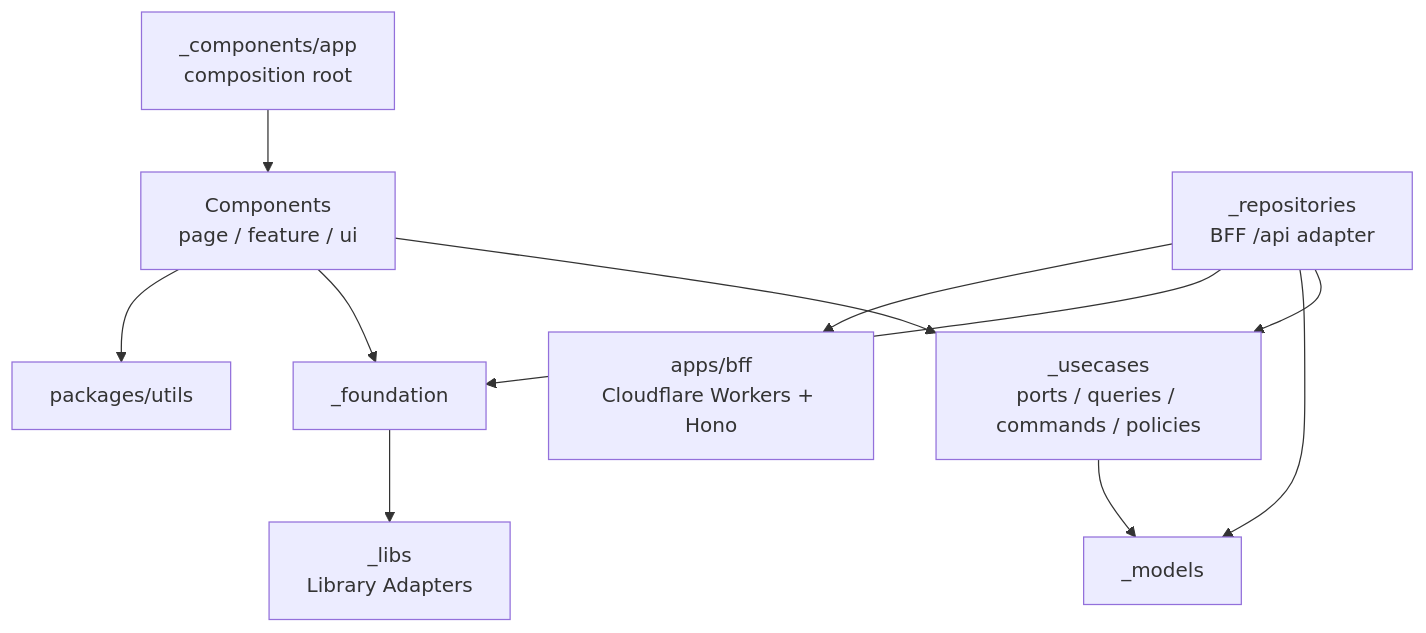
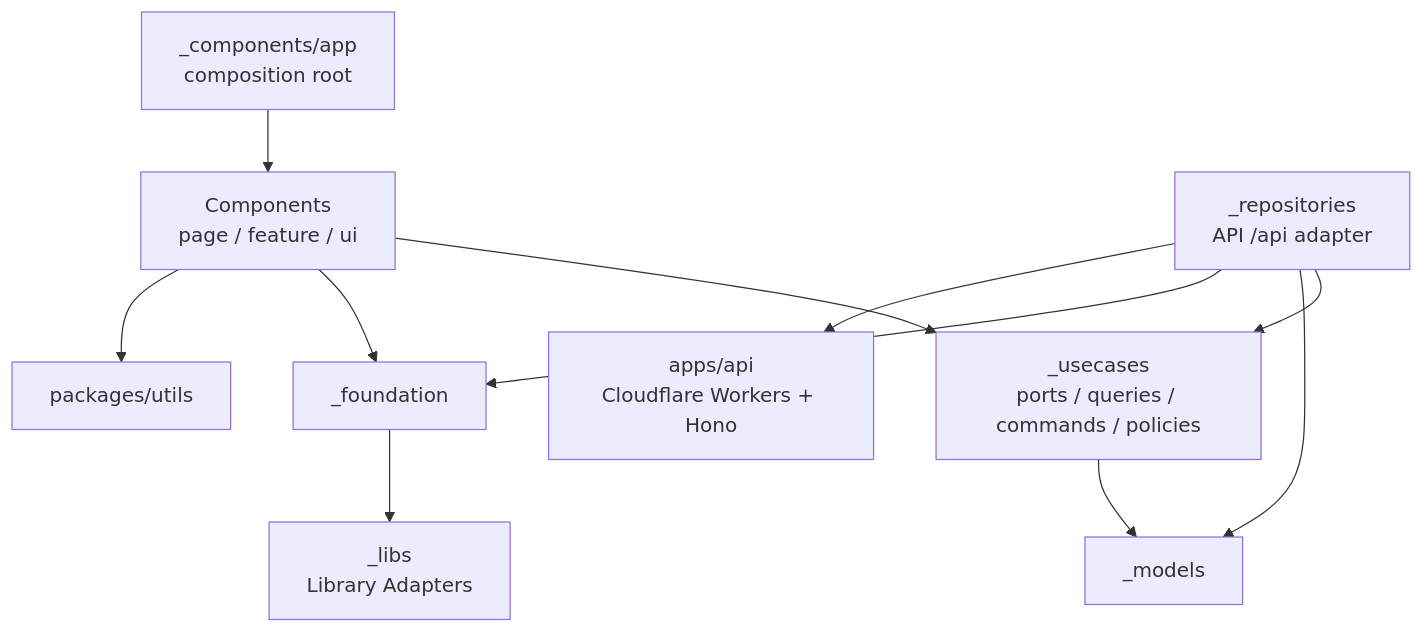
One commit to hayakawasho/bookbook changed the diagram in docs/architecture/index.md. Above: the diagram before and after it, drawn with Mermaid. The commit also changed 28 other files, not shown here.

First line of the commit message:
refactor: rename apps/bff to apps/api and update docs for D1 backend

````diff
--- a/docs/architecture/index.md
+++ b/docs/architecture/index.md
@@ -5,13 +5,13 @@
 ```mermaid
 flowchart TD
   App[_components/app<br>composition root] --> Components[Components<br>page / feature / ui]
   Components --> Usecases[_usecases<br>ports / queries / commands / policies]
   Usecases --> Models[_models]
-  Repositories[_repositories<br>BFF /api adapter] --> Usecases
+  Repositories[_repositories<br>API /api adapter] --> Usecases
   Repositories --> Models
   Repositories --> Foundation[_foundation]
   Components --> Foundation
   Foundation --> Libs[_libs<br>Library Adapters]
   Components --> Utils[packages/utils]
-  Repositories --> BFF[apps/bff<br>Cloudflare Workers + Hono]
+  Repositories --> API[apps/api<br>Cloudflare Workers + Hono]
 ```
````
